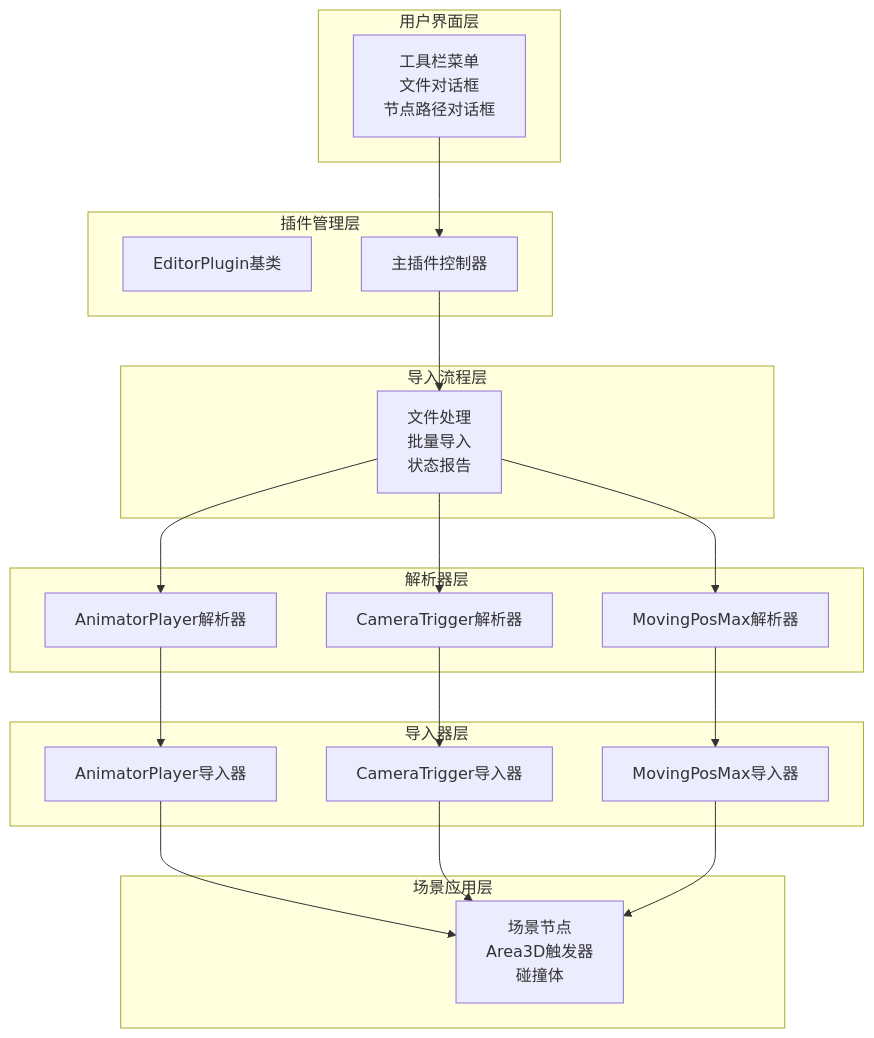
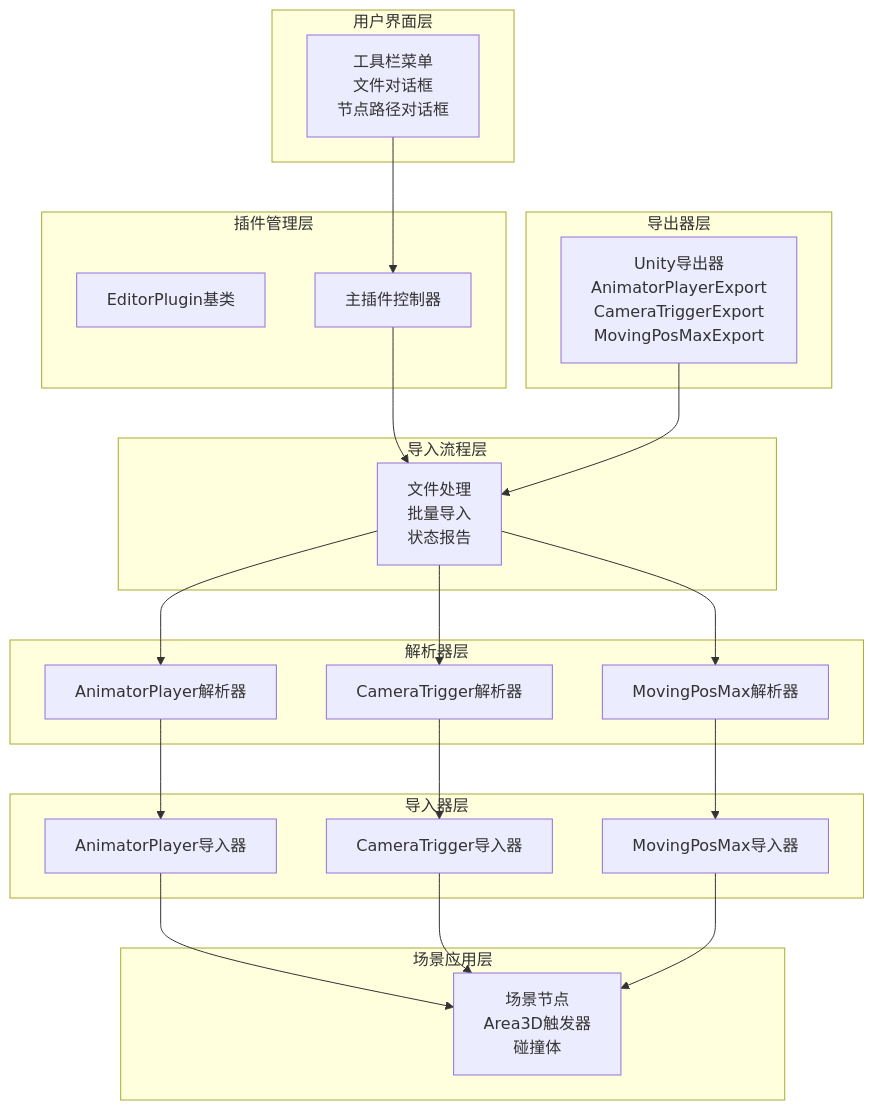
Before and after one commit to godotline/godot-line: the second of 18 diagrams in .qoder/repowiki/zh/content/开发工具/MPM导入器插件.md, drawn with Mermaid. The commit also changed other lines of this file and 10 other files, not shown here.

````diff
--- a/.qoder/repowiki/zh/content/开发工具/MPM导入器插件.md
+++ b/.qoder/repowiki/zh/content/开发工具/MPM导入器插件.md
@@ -141,37 +179,41 @@
 ```mermaid
 graph TB
 subgraph "用户界面层"
 UI[工具栏菜单<br/>文件对话框<br/>节点路径对话框]
 end
 subgraph "插件管理层"
 EP[EditorPlugin基类]
 MP[主插件控制器]
 end
 subgraph "导入流程层"
 PF[文件处理<br/>批量导入<br/>状态报告]
 end
 subgraph "解析器层"
 AP[AnimatorPlayer解析器]
 CP[CameraTrigger解析器]
 MPX[MovingPosMax解析器]
 end
 subgraph "导入器层"
 AI[AnimatorPlayer导入器]
 CI[CameraTrigger导入器]
 MI[MovingPosMax导入器]
 end
 subgraph "场景应用层"
 SC[场景节点<br/>Area3D触发器<br/>碰撞体]
 end
+subgraph "导出器层"
+UE[Unity导出器<br/>AnimatorPlayerExport<br/>CameraTriggerExport<br/>MovingPosMaxExport]
+end
 UI --> MP
 MP --> PF
 PF --> AP
 PF --> CP
 PF --> MPX
 AP --> AI
 CP --> CI
 MPX --> MI
 AI --> SC
 CI --> SC
 MI --> SC
+UE --> PF
 ```
````
